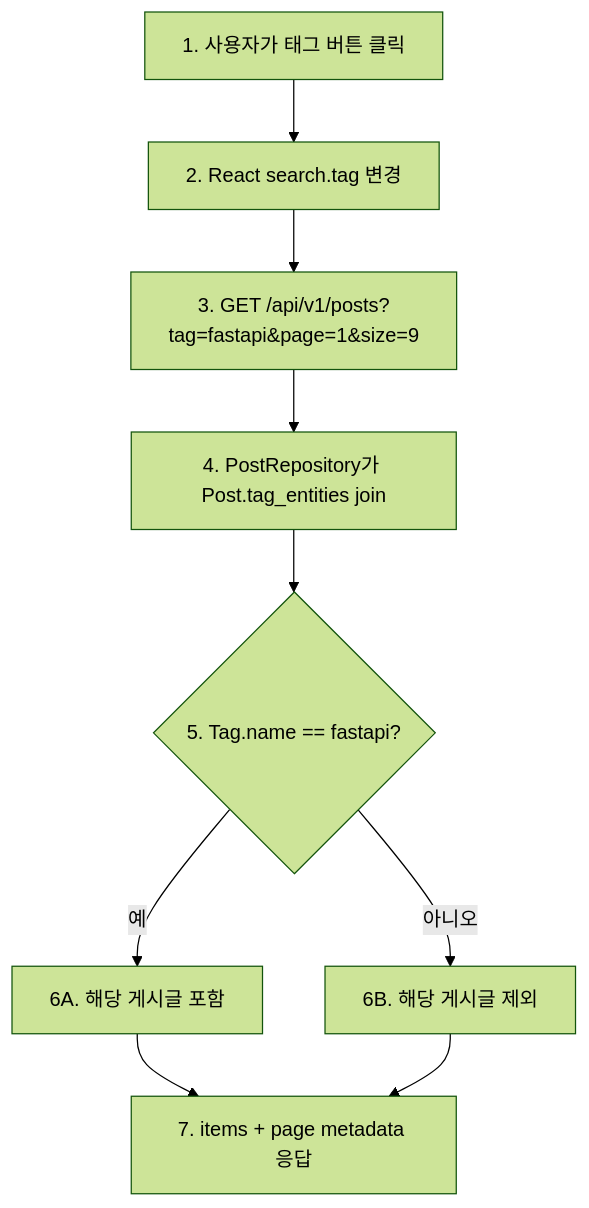
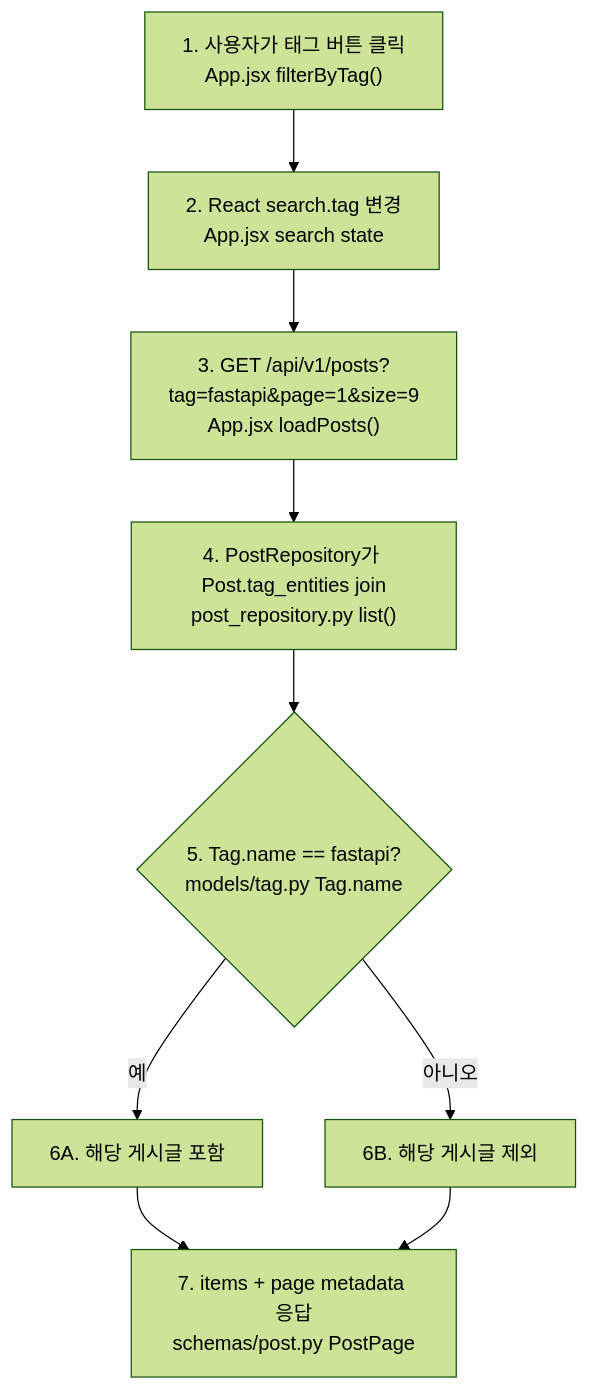
The fifth of 6 diagrams in docs2/sprint-4/implementation-record.md (JUNGLE-TEAM1/W16_team_sprint), drawn with Mermaid (forest theme) before and after one commit. The commit also changed other lines of this file and 2 other files, not shown here.

````diff
--- a/docs2/sprint-4/implementation-record.md
+++ b/docs2/sprint-4/implementation-record.md
@@ -337,11 +533,11 @@
 ```mermaid
 flowchart TD
-    A["1. 사용자가 태그 버튼 클릭"] --> B["2. React search.tag 변경"]
-    B --> C["3. GET /api/v1/posts?tag=fastapi&page=1&size=9"]
-    C --> D["4. PostRepository가 Post.tag_entities join"]
-    D --> E{"5. Tag.name == fastapi?"}
+    A["1. 사용자가 태그 버튼 클릭<br/>App.jsx filterByTag()"] --> B["2. React search.tag 변경<br/>App.jsx search state"]
+    B --> C["3. GET /api/v1/posts?tag=fastapi&page=1&size=9<br/>App.jsx loadPosts()"]
+    C --> D["4. PostRepository가 Post.tag_entities join<br/>post_repository.py list()"]
+    D --> E{"5. Tag.name == fastapi?<br/>models/tag.py Tag.name"}
     E -- "예" --> F["6A. 해당 게시글 포함"]
     E -- "아니오" --> G["6B. 해당 게시글 제외"]
-    F --> H["7. items + page metadata 응답"]
+    F --> H["7. items + page metadata 응답<br/>schemas/post.py PostPage"]
     G --> H
 ```
````
